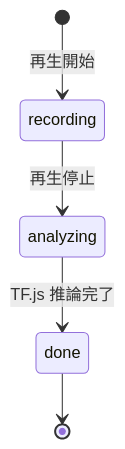
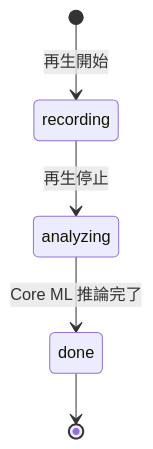
The diagram in docs/glossary.md (engineer-guild-hackathon-2026-05/team-10), drawn with Mermaid before and after one commit. The commit also changed other lines of this file and 5 other files, not shown here.

````diff
--- a/docs/glossary.md
+++ b/docs/glossary.md
@@ -242,7 +114,7 @@
 ```mermaid
 stateDiagram-v2
     [*] --> recording: 再生開始
     recording --> analyzing: 再生停止
-    analyzing --> done: TF.js 推論完了
+    analyzing --> done: Core ML 推論完了
     done --> [*]
 ```
````
